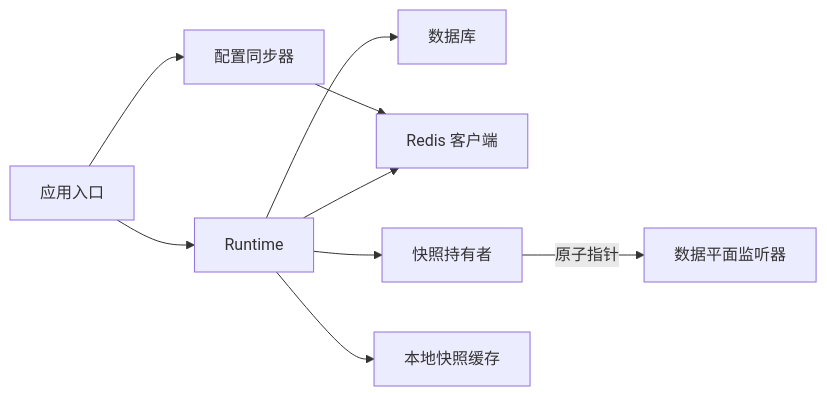
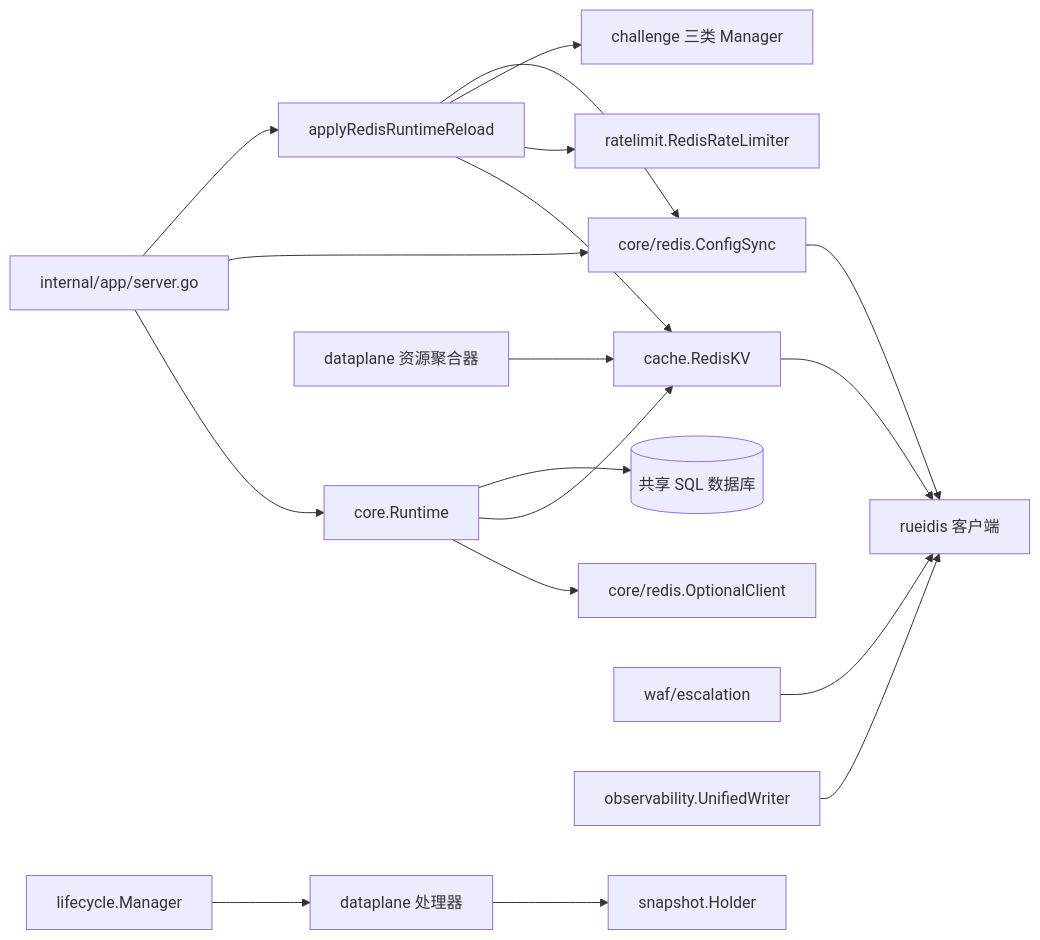
One commit to x01n/My-OpenWaf changed the sixth of 7 diagrams in docs/配置管理系统/分布式同步机制.md. Above: the diagram before and after it, drawn with Mermaid. The commit also changed other lines of this file and 622 other files, not shown here.

````diff
--- a/docs/配置管理系统/分布式同步机制.md
+++ b/docs/配置管理系统/分布式同步机制.md
@@ -221,11 +413,20 @@
 ```mermaid
 graph LR
-RT["Runtime"] --> DB["数据库"]
-RT --> RCL["Redis 客户端"]
-RT --> SNAP["快照持有者"]
-RT --> CACHE["本地快照缓存"]
-APP["应用入口"] --> RT
-APP --> CS["配置同步器"]
-CS --> RCL
-SNAP --> |"原子指针"| DATA["数据平面监听器"]
+APP["internal/app/server.go"] --> RT["core.Runtime"]
+APP --> CS["core/redis.ConfigSync"]
+APP --> AR["applyRedisRuntimeReload"]
+RT --> OC["core/redis.OptionalClient"]
+RT --> KV["cache.RedisKV"]
+RT --> RC[("共享 SQL 数据库")]
+CS --> RU["rueidis 客户端"]
+KV --> RU
+AR --> KV
+AR --> RL["ratelimit.RedisRateLimiter"]
+AR --> CH["challenge 三类 Manager"]
+AR --> CS
+AGG["dataplane 资源聚合器"] --> KV
+ESC["waf/escalation"] --> RU
+UW["observability.UnifiedWriter"] --> RU
+DP["dataplane 处理器"] --> SNAP["snapshot.Holder"]
+LC["lifecycle.Manager"] --> DP
 ```
````
